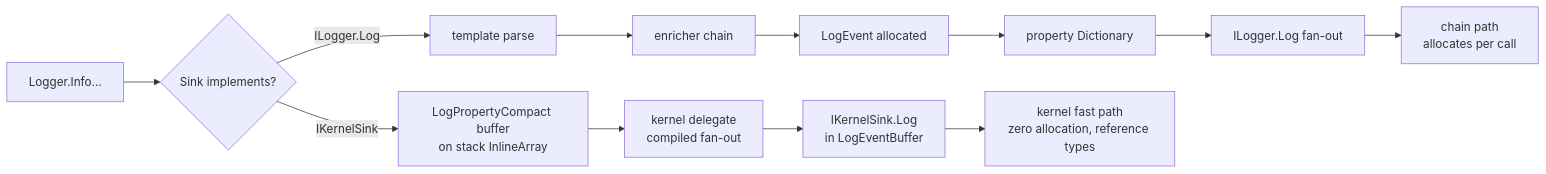
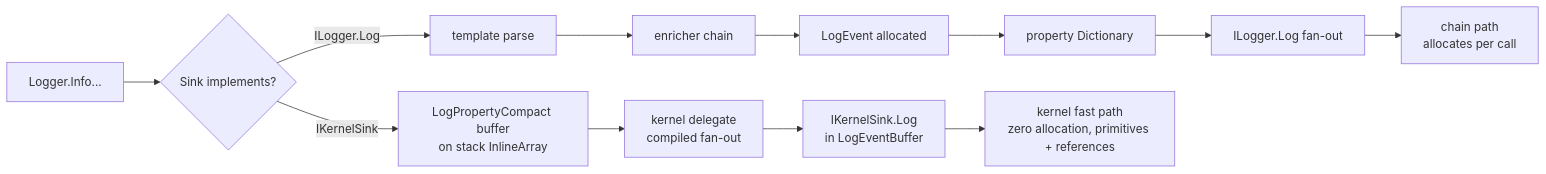
The fifth of 5 diagrams in docs/benchmarks/consolidated-benchmarks.md (mmpworks/Herald.OSS), drawn with Mermaid before and after one commit. The commit also changed other lines of this file and 34 other files, not shown here.

````diff
--- a/docs/benchmarks/consolidated-benchmarks.md
+++ b/docs/benchmarks/consolidated-benchmarks.md
@@ -238,15 +225,15 @@
 ```mermaid
 flowchart LR
     A[Logger.Info...] --> B{Sink implements?}
     B -->|ILogger.Log| C[template parse]
     C --> D[enricher chain]
     D --> E[LogEvent allocated]
     E --> F[property Dictionary]
     F --> G[ILogger.Log fan-out]
     G --> H["chain path<br/>allocates per call"]
 
     B -->|IKernelSink| I[LogPropertyCompact buffer<br/>on stack InlineArray]
     I --> J[kernel delegate<br/>compiled fan-out]
     J --> K[IKernelSink.Log<br/>in LogEventBuffer]
-    K --> L["kernel fast path<br/>zero allocation, reference types"]
+    K --> L["kernel fast path<br/>zero allocation, primitives + references"]
 ```
````
